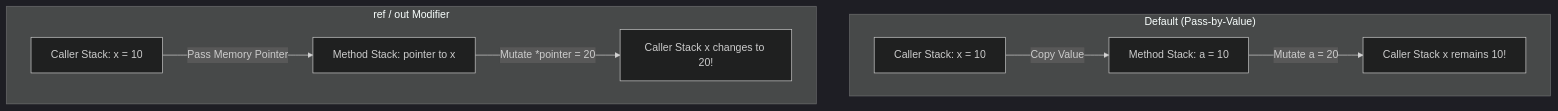
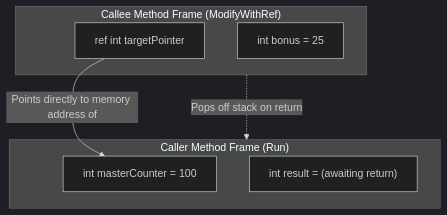
Before and after one commit to Singhkunall/Csharp-learning: the diagram in Main/Topics/05_Methods/README.md, drawn with Mermaid (dark theme). The commit also changed other lines of this file and 19 other files, not shown here.

Commit message:
Enhance: In-depth story-driven theory, architecture diagrams, and comprehensive code for Phases 1 & 2 (Topics 01-10)

````diff
--- a/Main/Topics/05_Methods/README.md
+++ b/Main/Topics/05_Methods/README.md
@@ -25,11 +26,15 @@
 ```mermaid
 flowchart TD
-    subgraph Pass_By_Value["Default (Pass-by-Value)"]
-        A1["Caller Stack: x = 10"] -->|Copy Value| B1["Method Stack: a = 10"]
-        B1 -->|Mutate a = 20| C1["Caller Stack x remains 10!"]
+    subgraph Caller_Stack_Frame["Caller Method Frame (Run)"]
+        X["int masterCounter = 100"]
+        Y["int result = (awaiting return)"]
     end
-    subgraph Pass_By_Reference["ref / out Modifier"]
-        A2["Caller Stack: x = 10"] -->|Pass Memory Pointer| B2["Method Stack: pointer to x"]
-        B2 -->|Mutate *pointer = 20| C2["Caller Stack x changes to 20!"]
+
+    subgraph Callee_Stack_Frame["Callee Method Frame (ModifyWithRef)"]
+        Pointer["ref int targetPointer"]
+        LocalVar["int bonus = 25"]
     end
+
+    Pointer -->|Points directly to memory address of| X
+    Callee_Stack_Frame -.->|Pops off stack on return| Caller_Stack_Frame
 ```
````
